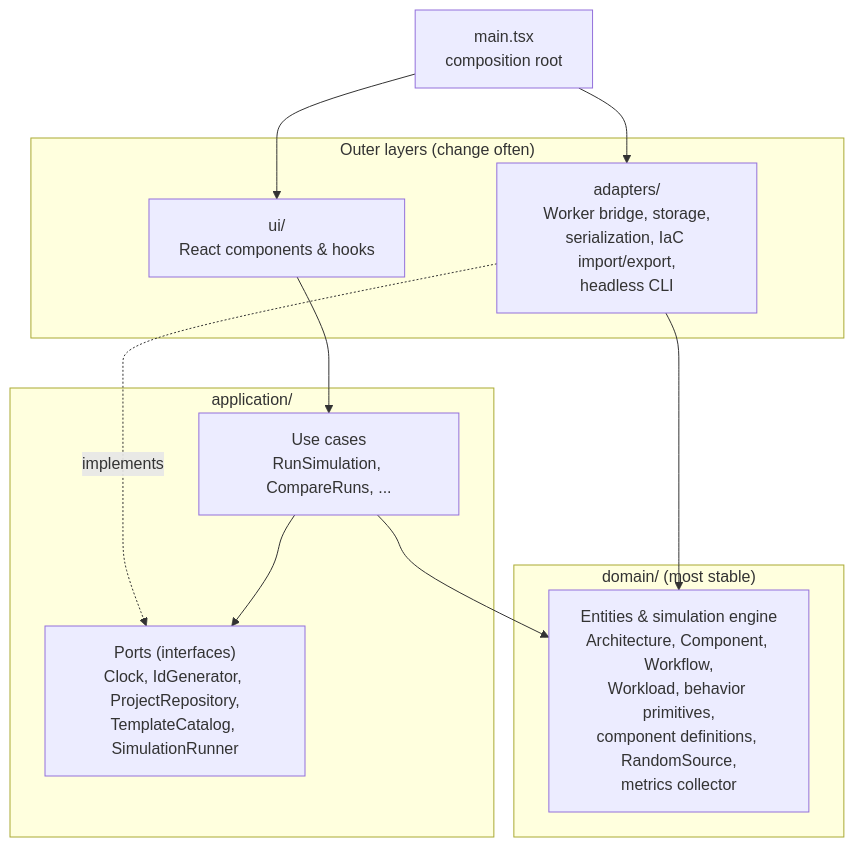
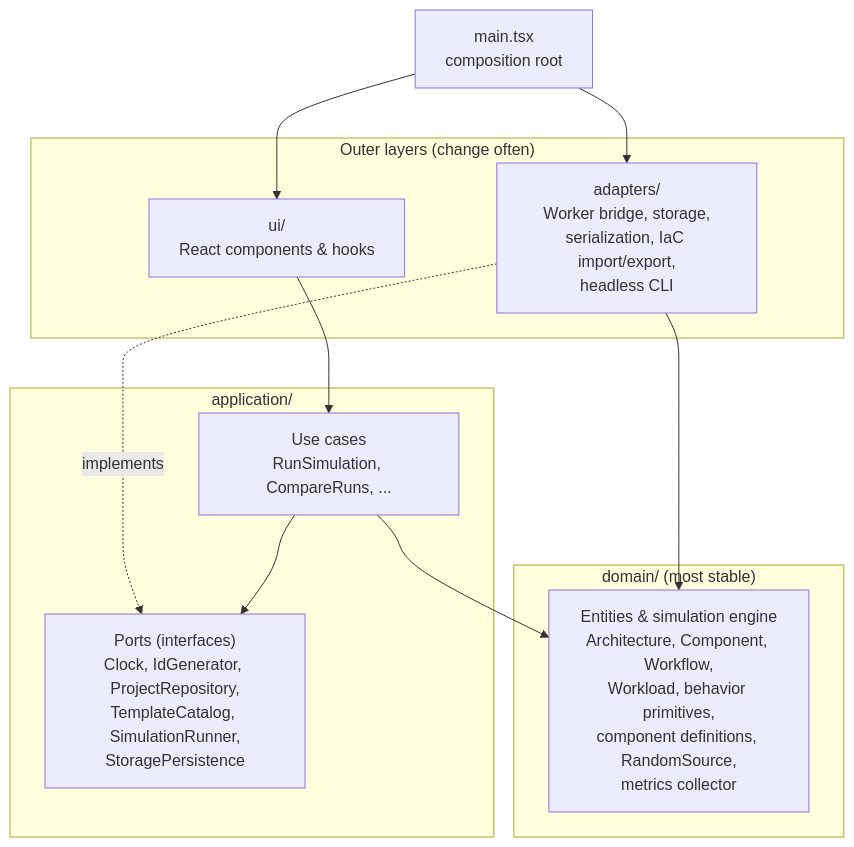
The second of 3 diagrams in docs/architecture/README.md (alanbickel/wind-tunnel), drawn with Mermaid before and after one commit. The commit also changed 5 other files, not shown here.

Commit message:
feat(application): add the StoragePersistence port and its browser adapter over navigator.storage

````diff
--- a/docs/architecture/README.md
+++ b/docs/architecture/README.md
@@ -40,22 +40,22 @@
 ```mermaid
 flowchart TB
     subgraph outer["Outer layers (change often)"]
         UI["ui/<br/>React components & hooks"]
         AD["adapters/<br/>Worker bridge, storage,<br/>serialization, IaC import/export,<br/>headless CLI"]
     end
     subgraph app["application/"]
         UC["Use cases<br/>RunSimulation, CompareRuns, ..."]
-        P["Ports (interfaces)<br/>Clock, IdGenerator, ProjectRepository,<br/>TemplateCatalog, SimulationRunner"]
+        P["Ports (interfaces)<br/>Clock, IdGenerator, ProjectRepository,<br/>TemplateCatalog, SimulationRunner,<br/>StoragePersistence"]
     end
     subgraph dom["domain/ (most stable)"]
         D["Entities & simulation engine<br/>Architecture, Component, Workflow,<br/>Workload, behavior primitives,<br/>component definitions, RandomSource,<br/>metrics collector"]
     end
 
     UI --> UC
     AD -.->|implements| P
     UC --> P
     UC --> D
     AD --> D
     MAIN["main.tsx<br/>composition root"] --> UI
     MAIN --> AD
 ```
````
